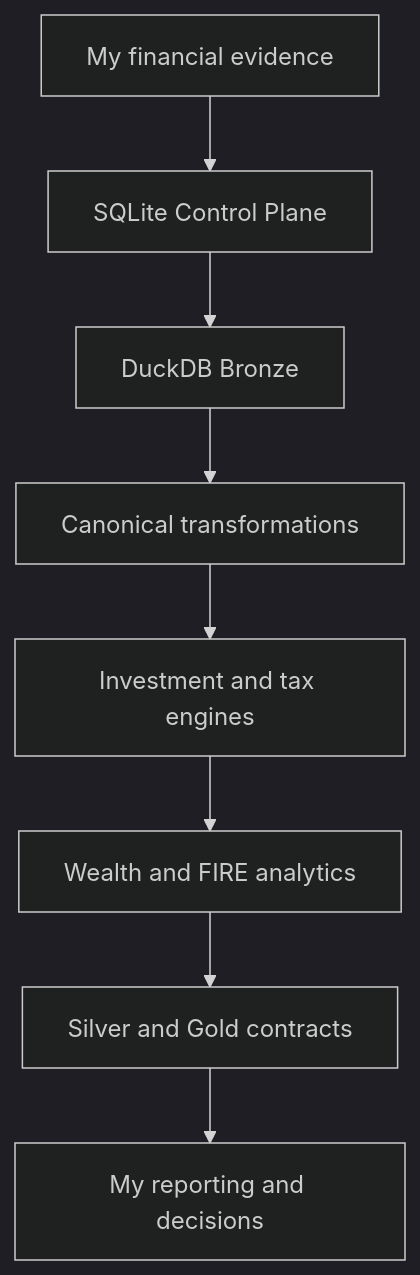
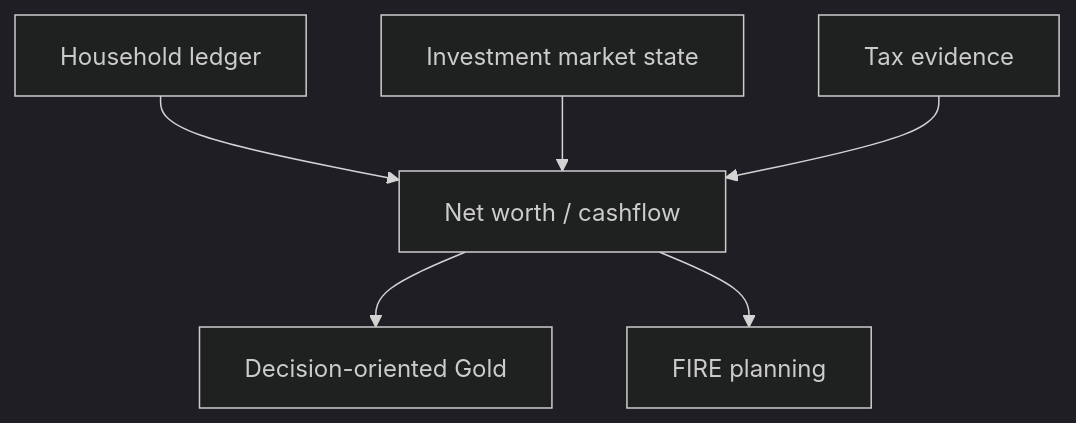
Before and after one commit to tks18/personal-finance-etl: the ninth of 12 diagrams in docs/about/project.md, drawn with Mermaid (dark theme). The commit also changed other lines of this file, not shown here.

````diff
--- a/docs/about/project.md
+++ b/docs/about/project.md
@@ -432,10 +317,8 @@
 ```mermaid
-flowchart TD
-    A["My financial evidence"] --> B["SQLite Control Plane"]
-    B --> C["DuckDB Bronze"]
-    C --> D["Canonical transformations"]
-    D --> E["Investment and tax engines"]
-    E --> F["Wealth and FIRE analytics"]
-    F --> G["Silver and Gold contracts"]
-    G --> H["My reporting and decisions"]
+flowchart TB
+    HH["Household ledger"] --> NW["Net worth / cashflow"]
+    INV["Investment market state"] --> NW
+    TAX["Tax evidence"] --> NW
+    NW --> GOLD["Decision-oriented Gold"]
+    NW --> FIRE["FIRE planning"]
 ```
````
